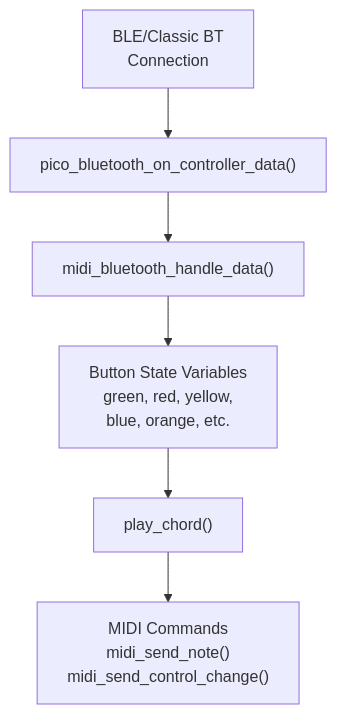
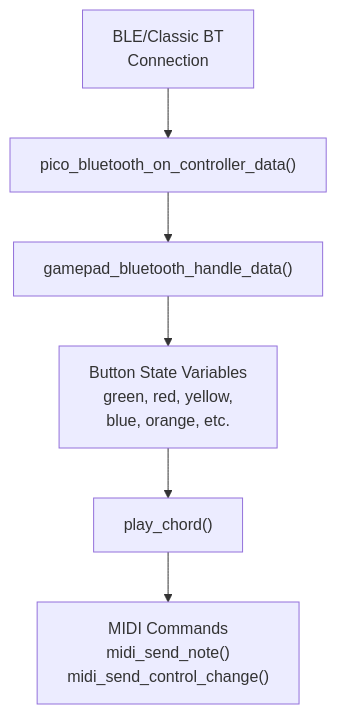
Before and after one commit to Jus-Be/orinayo-pico: the second of 6 diagrams in wiki/3.1-system-components.md, drawn with Mermaid. The commit also changed other lines of this file and 42 other files, not shown here.

````diff
--- a/wiki/3.1-system-components.md
+++ b/wiki/3.1-system-components.md
@@ -102,16 +101,16 @@
 ```mermaid
 flowchart TD
 
 BLE["BLE/Classic BT<br>Connection"]
 OnController["pico_bluetooth_on_controller_data()"]
-HandleData["midi_bluetooth_handle_data()"]
+HandleData["gamepad_bluetooth_handle_data()"]
 ButtonState["Button State Variables<br>green, red, yellow,<br>blue, orange, etc."]
 PlayChord["play_chord()"]
 MidiCommands["MIDI Commands<br>midi_send_note()<br>midi_send_control_change()"]
 
 BLE --> OnController
 OnController --> HandleData
 HandleData --> ButtonState
 ButtonState --> PlayChord
 PlayChord --> MidiCommands
 ```
````
